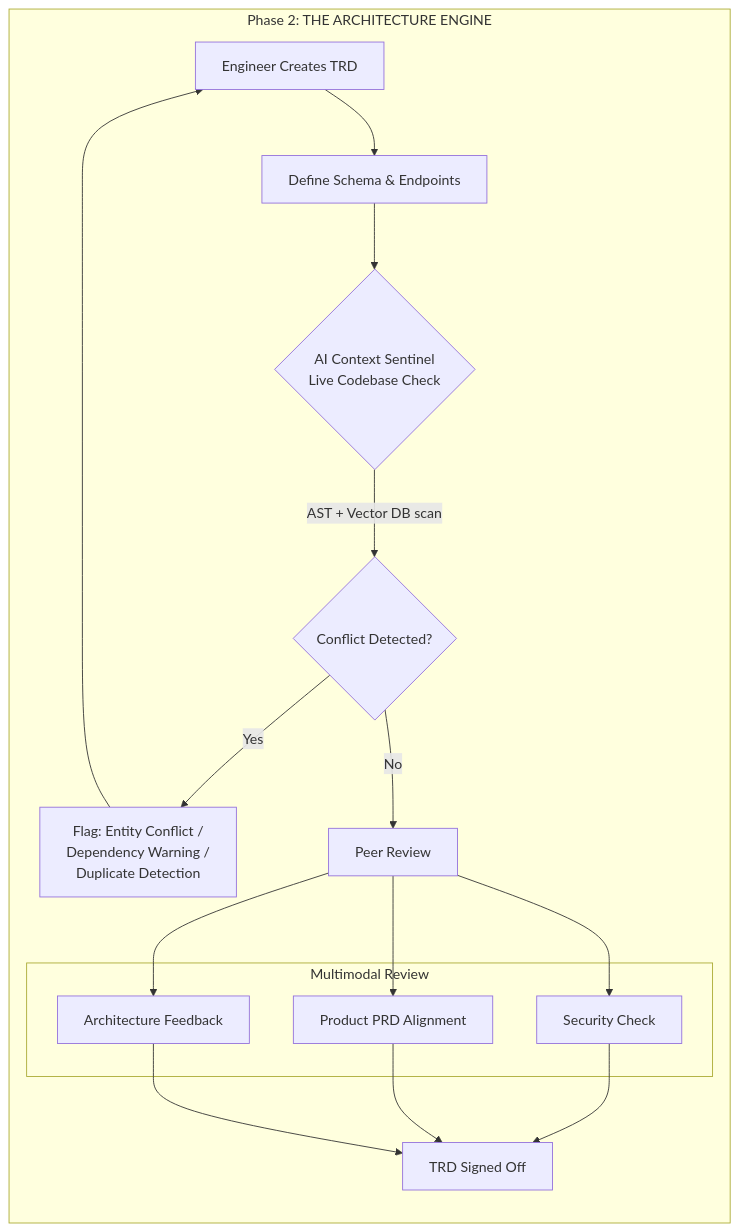
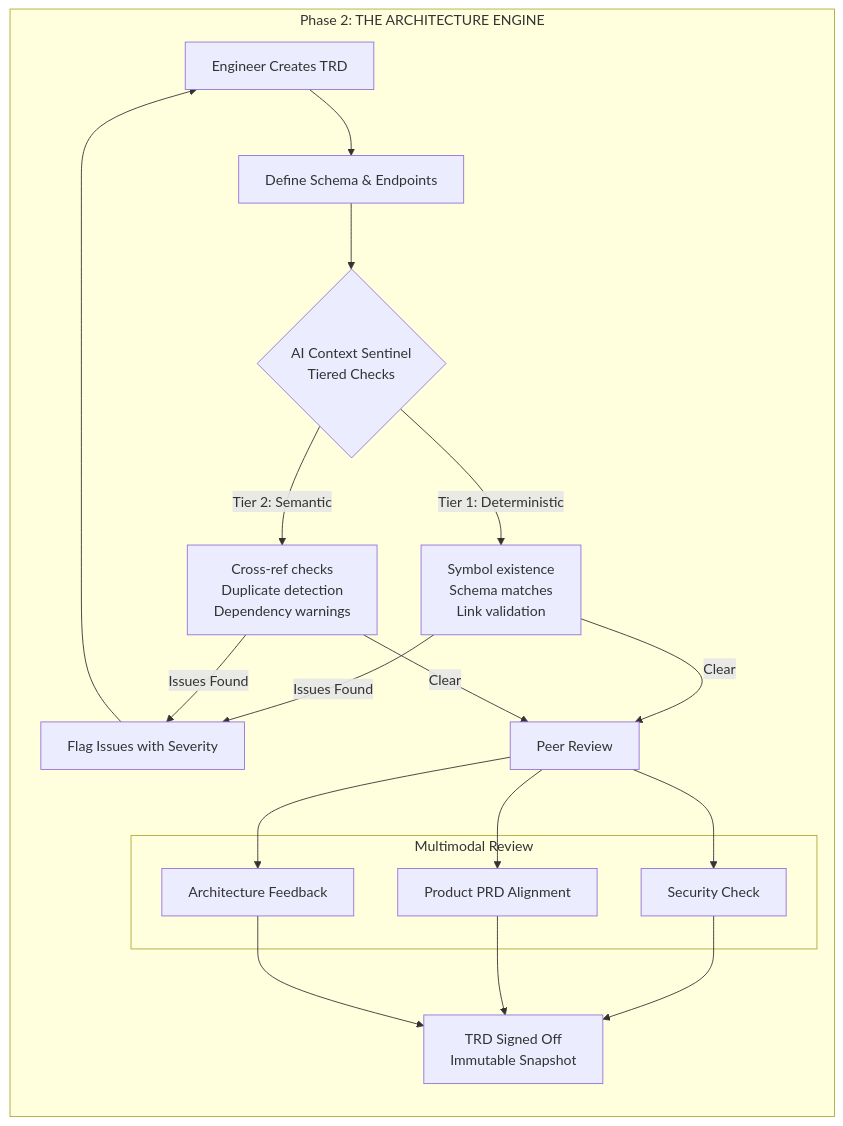
Before and after one commit to ckmonish2000/Garfield: the third of 9 diagrams in docs/architecture.md, drawn with Mermaid. The commit also changed other lines of this file and 1 other file, not shown here.

Commit message:
feat: update the architecture to make it more robust and detailed

````diff
--- a/docs/architecture.md
+++ b/docs/architecture.md
@@ -111,19 +186,20 @@
 ```mermaid
 graph TD
     subgraph ARCH["Phase 2: THE ARCHITECTURE ENGINE"]
         direction TB
         EC[Engineer Creates TRD] --> SE[Define Schema & Endpoints]
-        SE --> CS{AI Context Sentinel<br/>Live Codebase Check}
-        CS -->|AST + Vector DB scan| CD{Conflict Detected?}
-        CD -->|Yes| FL[Flag: Entity Conflict /<br/>Dependency Warning /<br/>Duplicate Detection]
+        SE --> CS{AI Context Sentinel<br/>Tiered Checks}
+        CS -->|Tier 1: Deterministic| T1[Symbol existence<br/>Schema matches<br/>Link validation]
+        CS -->|Tier 2: Semantic| T2[Cross-ref checks<br/>Duplicate detection<br/>Dependency warnings]
+        T1 & T2 -->|Issues Found| FL[Flag Issues with Severity]
         FL --> EC
-        CD -->|No| PR[Peer Review]
+        T1 & T2 -->|Clear| PR[Peer Review]
         subgraph Review["Multimodal Review"]
             SR[Security Check]
             PPR[Product PRD Alignment]
             AR[Architecture Feedback]
         end
         PR --> SR & PPR & AR
-        SR & PPR & AR --> TA[TRD Signed Off]
+        SR & PPR & AR --> TA[TRD Signed Off<br/>Immutable Snapshot]
     end
 ```
````
